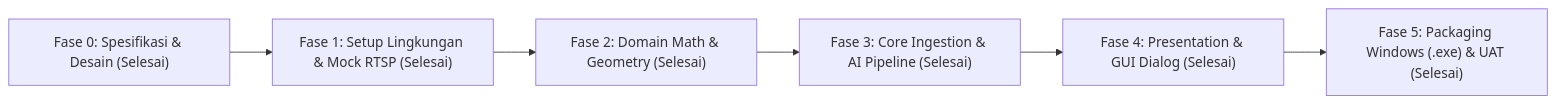
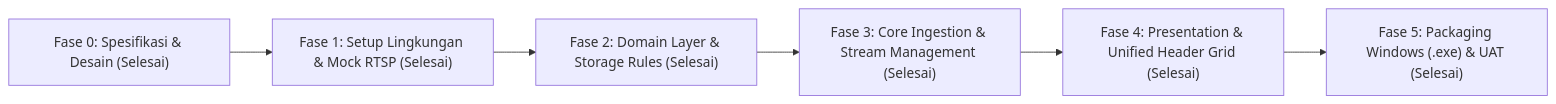
Before and after one commit to BoloTechno/manyplayer: the diagram in DOCS/WORKFLOW.md, drawn with Mermaid. The commit also changed other lines of this file and 28 other files, not shown here.

````diff
--- a/DOCS/WORKFLOW.md
+++ b/DOCS/WORKFLOW.md
@@ -13,8 +13,8 @@
 ```mermaid
 flowchart LR
     P0["Fase 0: Spesifikasi & Desain (Selesai)"] --> P1["Fase 1: Setup Lingkungan & Mock RTSP (Selesai)"]
-    P1 --> P2["Fase 2: Domain Math & Geometry (Selesai)"]
-    P2 --> P3["Fase 3: Core Ingestion & AI Pipeline (Selesai)"]
-    P3 --> P4["Fase 4: Presentation & GUI Dialog (Selesai)"]
+    P1 --> P2["Fase 2: Domain Layer & Storage Rules (Selesai)"]
+    P2 --> P3["Fase 3: Core Ingestion & Stream Management (Selesai)"]
+    P3 --> P4["Fase 4: Presentation & Unified Header Grid (Selesai)"]
     P4 --> P5["Fase 5: Packaging Windows (.exe) & UAT (Selesai)"]
 ```
````
